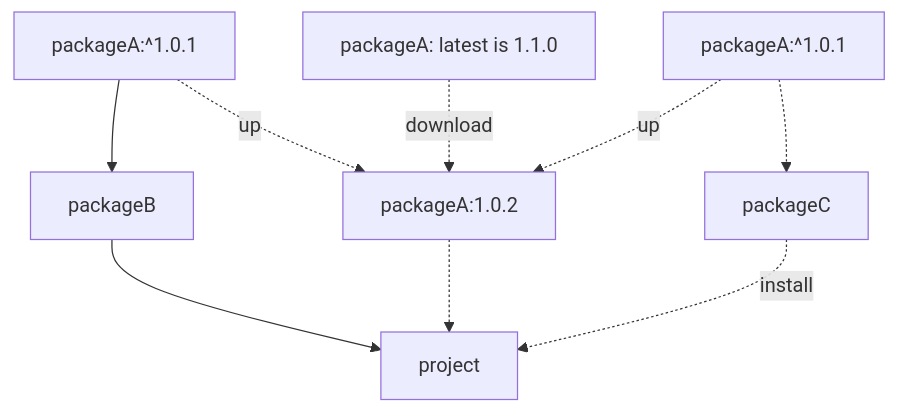
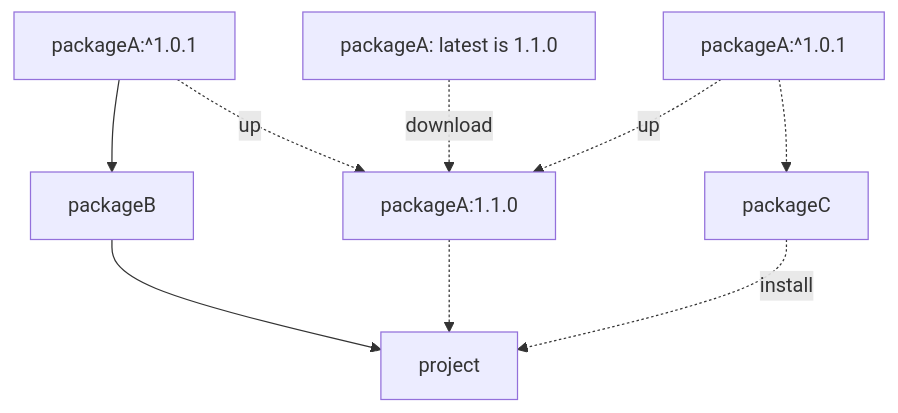
Before and after one commit to zhongbr/zhongbr-blog: the diagram in packages/demo-site/posts/前端开发/前端工程化/2023-02-18-NPM 依赖更新策略引起的问题排查.md, drawn with Mermaid. The commit also changed 1 other file, not shown here.

Commit message:
feat: 修正错误

````diff
--- a/packages/demo-site/posts/前端开发/前端工程化/2023-02-18-NPM 依赖更新策略引起的问题排查.md
+++ b/packages/demo-site/posts/前端开发/前端工程化/2023-02-18-NPM 依赖更新策略引起的问题排查.md
@@ -33,14 +33,14 @@
 ```mermaid
 graph TD
   pA1[packageA:^1.0.1] --> pB[packageB]
 
-	pA1 -. up .-> pA3[packageA:1.0.2]
+	pA1 -. up .-> pA3[packageA:1.1.0]
 	npm[packageA: latest is 1.1.0] -. download .-> pA3
 	pA2 -. up .-> pA3
 
 	pA2[packageA:^1.0.1] .-> pC[packageC]
 
 	pB --> project
 	pA3 .-> project
 	pC -. install .-> project
 ```
````
